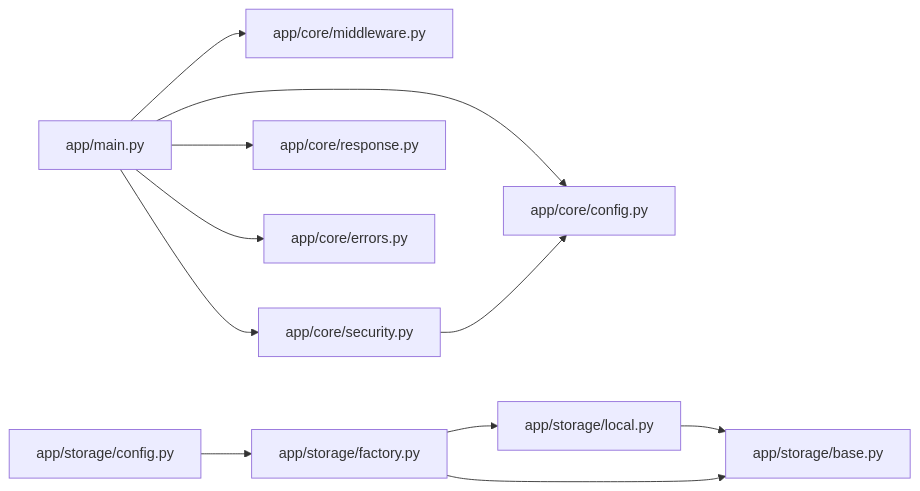
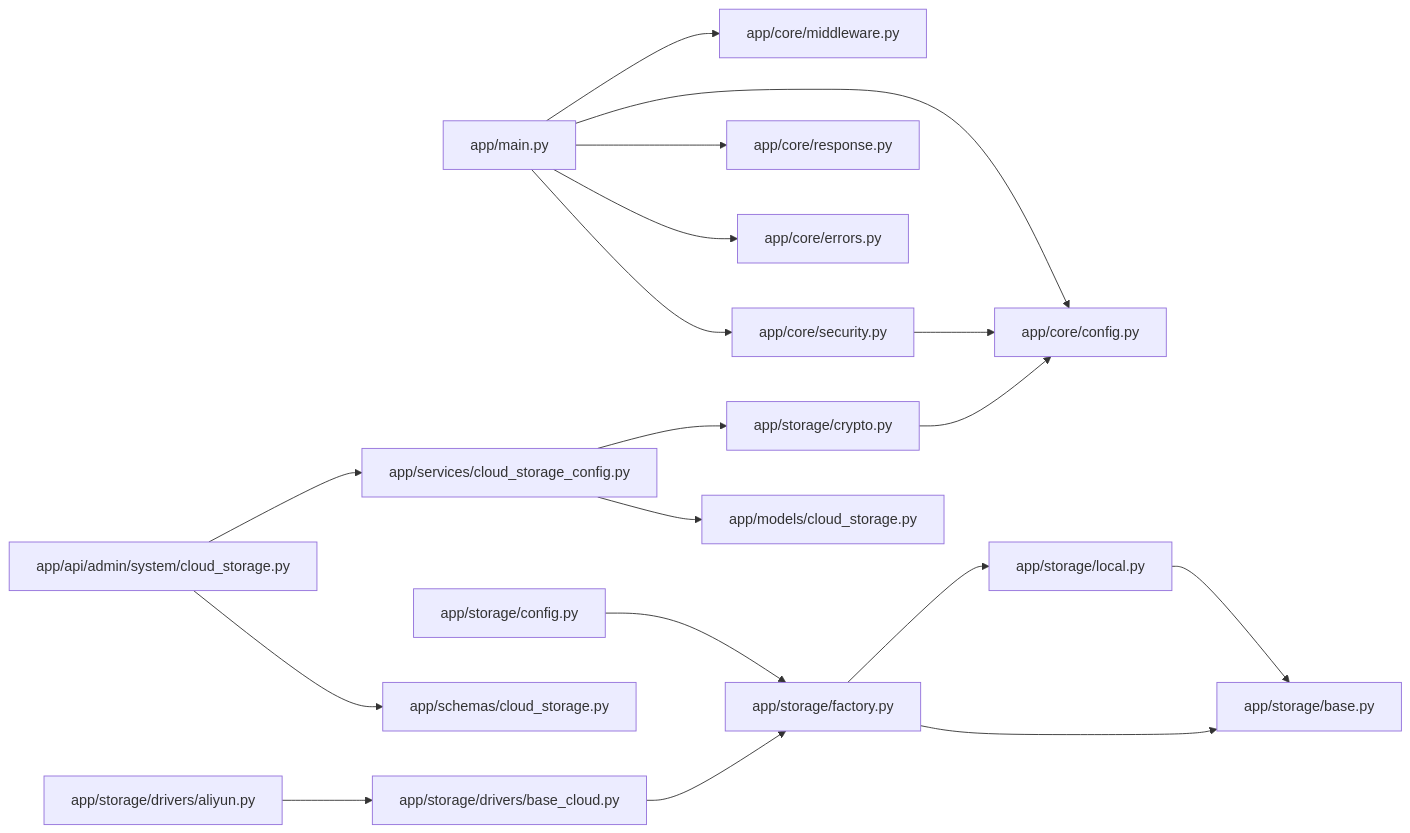
One commit to likele001/cenkor_mes changed diagram 12 of 12 in .qoder/repowiki/zh/content/后端分层架构/核心基础设施（配置·安全·中间件·存储）.md. Above: the diagram before and after it, drawn with Mermaid. The commit also changed other lines of this file and 478 other files, not shown here.

````diff
--- a/.qoder/repowiki/zh/content/后端分层架构/核心基础设施（配置·安全·中间件·存储）.md
+++ b/.qoder/repowiki/zh/content/后端分层架构/核心基础设施（配置·安全·中间件·存储）.md
@@ -312,13 +495,20 @@
 ```mermaid
 graph LR
 Main["app/main.py"] --> Config["app/core/config.py"]
 Main --> Middleware["app/core/middleware.py"]
 Main --> Security["app/core/security.py"]
 Main --> Response["app/core/response.py"]
 Main --> Errors["app/core/errors.py"]
 Security --> Config
 StorageFactory["app/storage/factory.py"] --> LocalStorage["app/storage/local.py"]
 LocalStorage --> Base["app/storage/base.py"]
 StorageFactory --> Base
 StorageConfig["app/storage/config.py"] --> StorageFactory
+CryptoModule["app/storage/crypto.py"] --> Config
+CloudService["app/services/cloud_storage_config.py"] --> CryptoModule
+CloudService --> CloudModel["app/models/cloud_storage.py"]
+CloudAPI["app/api/admin/system/cloud_storage.py"] --> CloudService
+CloudAPI --> CloudSchema["app/schemas/cloud_storage.py"]
+BaseCloud["app/storage/drivers/base_cloud.py"] --> StorageFactory
+AliyunDriver["app/storage/drivers/aliyun.py"] --> BaseCloud
 ```
````
